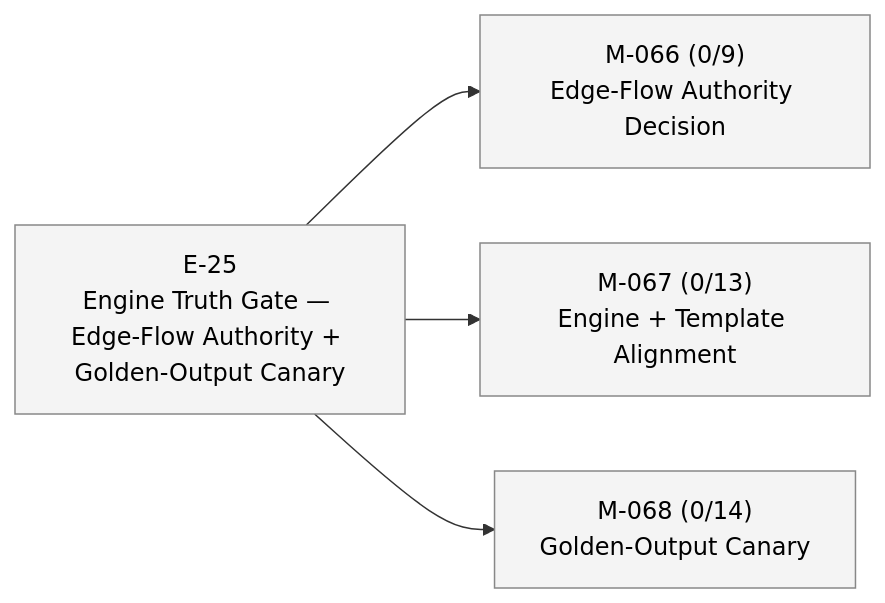
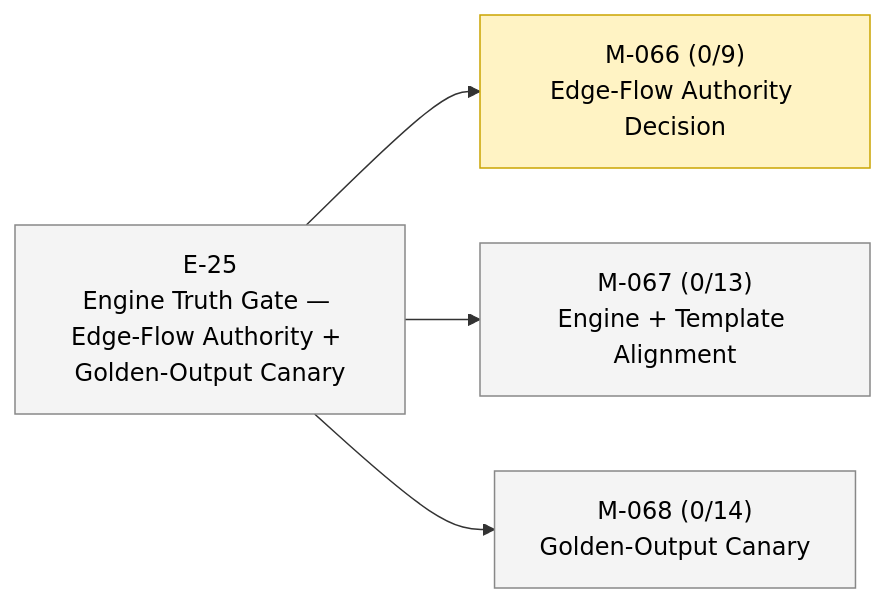
Before and after one commit to 23min/FlowTime: the diagram in STATUS.md, drawn with Mermaid. The commit also changed other lines of this file and 1 other file, not shown here.

Commit message:
aiwf promote M-066 draft -> in_progress
aiwf-verb: promote
aiwf-entity: M-066
aiwf-actor: human/peter
aiwf-to: in_progress

````diff
--- a/STATUS.md
+++ b/STATUS.md
@@ -29,16 +29,16 @@
 ```mermaid
 flowchart LR
   E_25["E-25<br/>Engine Truth Gate — Edge-Flow Authority + Golden-Output Canary"]:::epic_proposed
-  M_066["M-066 (0/9)<br/>Edge-Flow Authority Decision"]:::ms_draft
+  M_066["M-066 (0/9)<br/>Edge-Flow Authority Decision"]:::ms_in_progress
   E_25 --> M_066
   M_067["M-067 (0/13)<br/>Engine + Template Alignment"]:::ms_draft
   E_25 --> M_067
   M_068["M-068 (0/14)<br/>Golden-Output Canary"]:::ms_draft
   E_25 --> M_068
   classDef epic_active fill:#d6eaff,stroke:#1a73e8,color:#000
   classDef epic_proposed fill:#f4f4f4,stroke:#888,color:#000
   classDef ms_done fill:#d8f5d8,stroke:#2a8a2a,color:#000
   classDef ms_in_progress fill:#fff3c4,stroke:#caa400,color:#000
   classDef ms_draft fill:#f4f4f4,stroke:#888,color:#000
   classDef ms_cancelled fill:#fbeaea,stroke:#c33,color:#000
 ```
````
